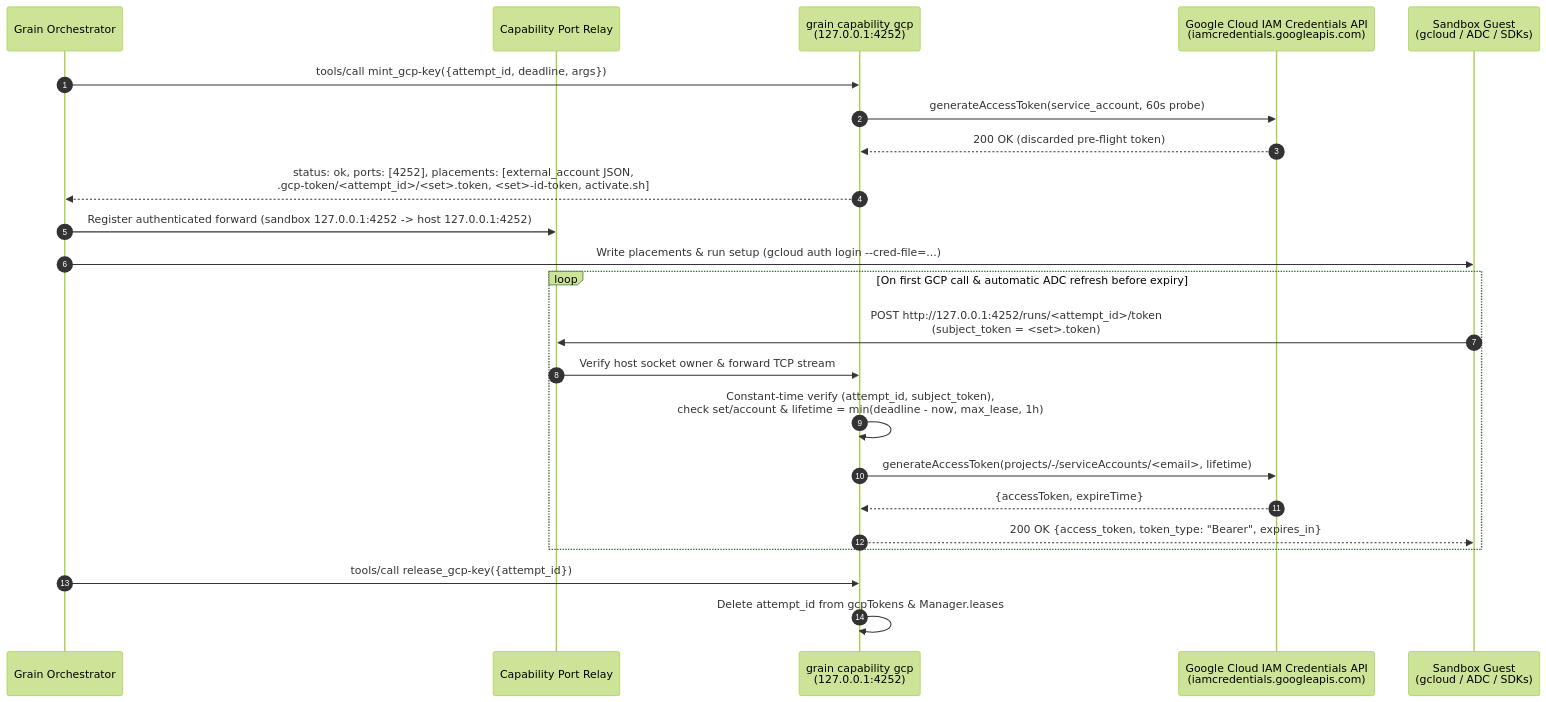
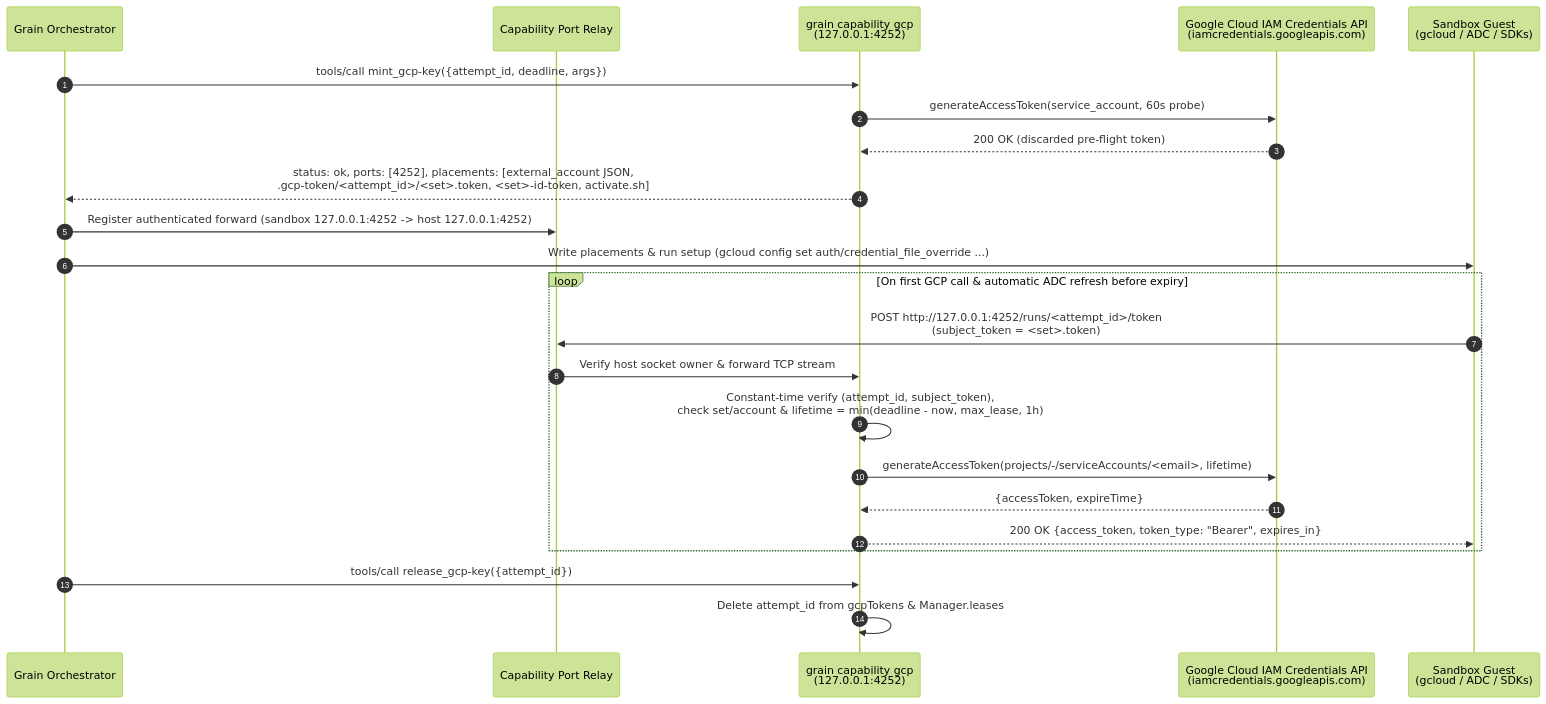
Before and after one commit to ai-on-gke/grain: the diagram in design/design/gcp-access.design.md, drawn with Mermaid (forest theme). The commit also changed other lines of this file and 4 other files, not shown here.

````diff
--- a/design/design/gcp-access.design.md
+++ b/design/design/gcp-access.design.md
@@ -24,29 +24,29 @@
 ```mermaid
 sequenceDiagram
     autonumber
     participant Orch as Grain Orchestrator
     participant Relay as Capability Port Relay
     participant GCP as grain capability gcp<br/>(127.0.0.1:4252)
     participant IAM as Google Cloud IAM Credentials API<br/>(iamcredentials.googleapis.com)
     participant Sbx as Sandbox Guest<br/>(gcloud / ADC / SDKs)
 
     Orch->>GCP: tools/call mint_gcp-key({attempt_id, deadline, args})
     GCP->>IAM: generateAccessToken(service_account, 60s probe)
     IAM-->>GCP: 200 OK (discarded pre-flight token)
     GCP-->>Orch: status: ok, ports: [4252], placements: [external_account JSON,<br/>.gcp-token/<attempt_id>/<set>.token, <set>-id-token, activate.sh]
 
     Orch->>Relay: Register authenticated forward (sandbox 127.0.0.1:4252 -> host 127.0.0.1:4252)
-    Orch->>Sbx: Write placements & run setup (gcloud auth login --cred-file=...)
+    Orch->>Sbx: Write placements & run setup (gcloud config set auth/credential_file_override ...)
 
     loop On first GCP call & automatic ADC refresh before expiry
         Sbx->>Relay: POST http://127.0.0.1:4252/runs/<attempt_id>/token<br/>(subject_token = <set>.token)
         Relay->>GCP: Verify host socket owner & forward TCP stream
         GCP->>GCP: Constant-time verify (attempt_id, subject_token),<br/>check set/account & lifetime = min(deadline - now, max_lease, 1h)
         GCP->>IAM: generateAccessToken(projects/-/serviceAccounts/<email>, lifetime)
         IAM-->>GCP: {accessToken, expireTime}
         GCP-->>Sbx: 200 OK {access_token, token_type: "Bearer", expires_in}
     end
 
     Orch->>GCP: tools/call release_gcp-key({attempt_id})
     GCP->>GCP: Delete attempt_id from gcpTokens & Manager.leases
 ```
````
